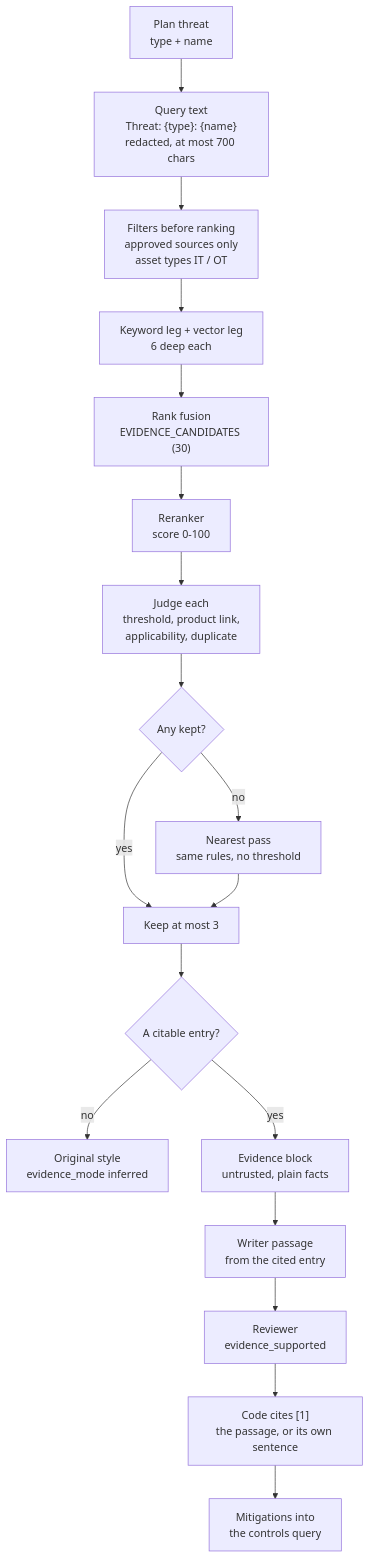
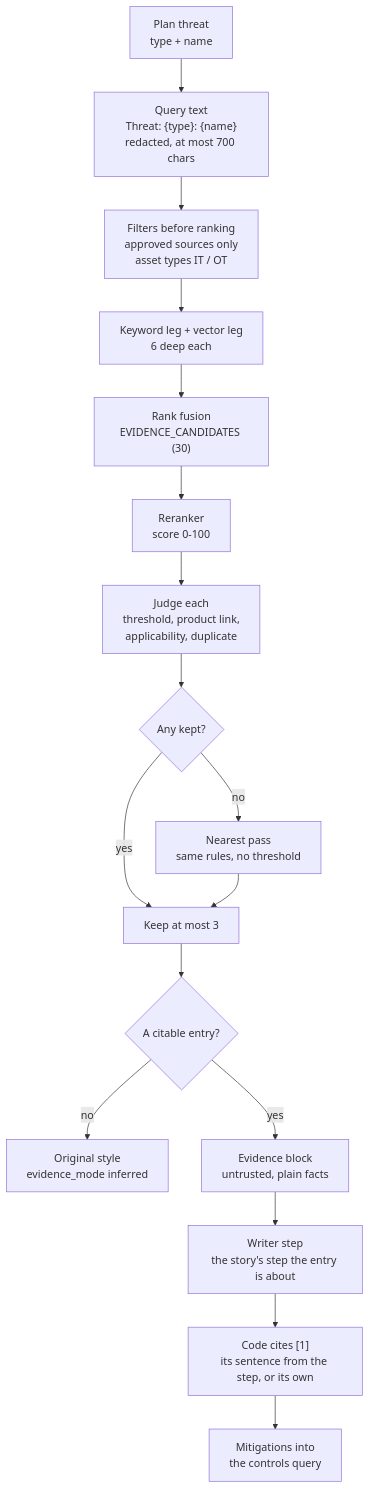
One commit to gopalchettri/cii changed the seventh of 13 diagrams in docs/TSG_END_TO_END_FLOW.md. Above: the diagram before and after it, drawn with Mermaid. The commit also changed other lines of this file and 13 other files, not shown here.

First line of the commit message:
Code writes the evidence sentence from the writer's step, its link and users form picked by the set's epoch and the slot's place (D65)

````diff
--- a/docs/TSG_END_TO_END_FLOW.md
+++ b/docs/TSG_END_TO_END_FLOW.md
@@ -1724,20 +1725,19 @@
 ```mermaid
 flowchart TB
     T["Plan threat<br/>type + name"] --> Q["Query text<br/>Threat: {type}: {name}<br/>redacted, at most 700 chars"]
     Q --> F["Filters before ranking<br/>approved sources only<br/>asset types IT / OT"]
     F --> C["Keyword leg + vector leg<br/>6 deep each"]
     C --> RF["Rank fusion<br/>EVIDENCE_CANDIDATES (30)"]
     RF --> RR["Reranker<br/>score 0-100"]
     RR --> J["Judge each<br/>threshold, product link,<br/>applicability, duplicate"]
     J --> K{"Any kept?"}
     K -- "yes" --> L["Keep at most 3"]
     K -- "no" --> NP["Nearest pass<br/>same rules, no threshold"]
     NP --> L
     L --> P{"A citable entry?"}
     P -- "no" --> O["Original style<br/>evidence_mode inferred"]
     P -- "yes" --> B["Evidence block<br/>untrusted, plain facts"]
-    B --> W["Writer passage<br/>from the cited entry"]
-    W --> V["Reviewer<br/>evidence_supported"]
-    V --> X["Code cites [1]<br/>the passage, or its own sentence"]
+    B --> W["Writer step<br/>the story's step the entry is about"]
+    W --> X["Code cites [1]<br/>its sentence from the step, or its own"]
     X --> M["Mitigations into<br/>the controls query"]
 ```
````
